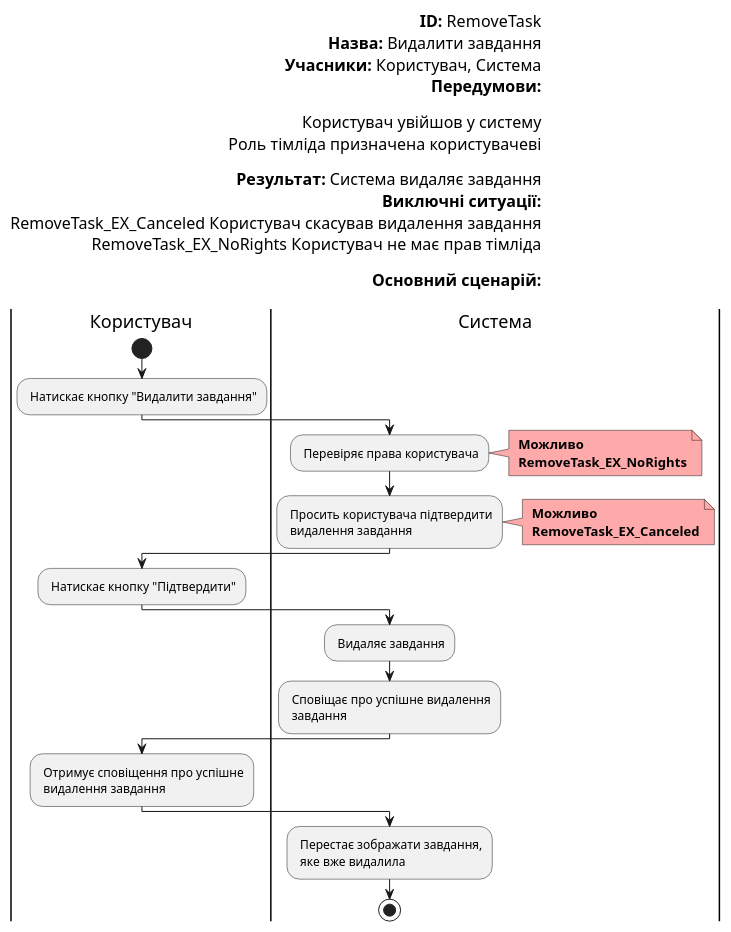
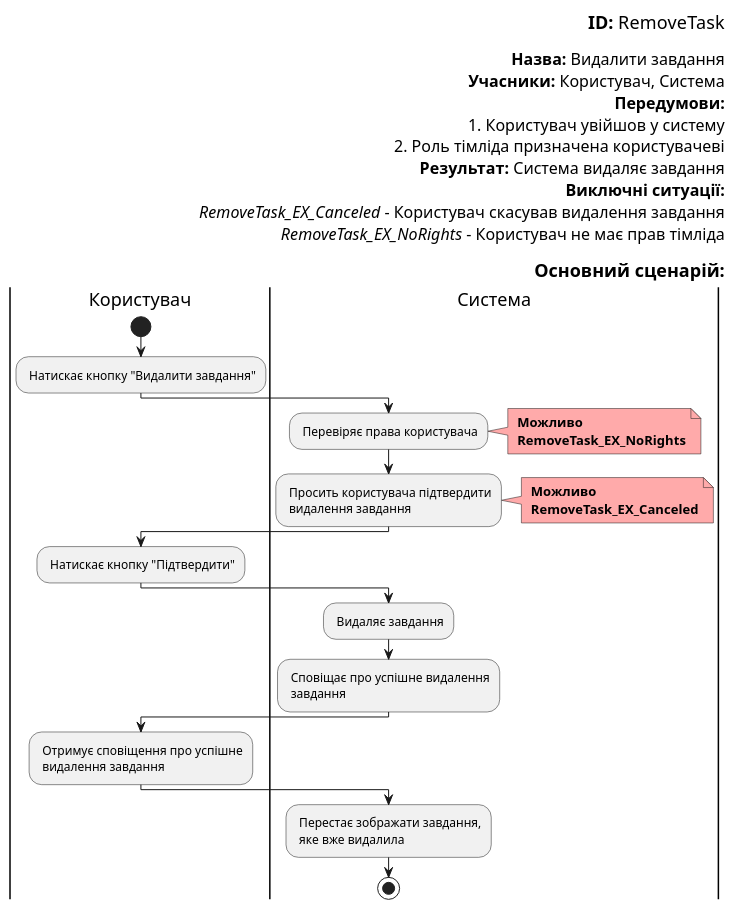
Before and after one commit to boldak/edu-db-cw: diagram 14 of 19 in docs/use cases/README.md, drawn with PlantUML. The commit also changed other lines of this file, not shown here.

```diff
--- a/docs/use cases/README.md
+++ b/docs/use cases/README.md
@@ -838,55 +837,53 @@
 @startuml
 
-    left header        
-        <font color=000 size=16><b>ID:</b> RemoveTask
+    right header        
+        <font color=000 size=18><b>ID:</b> RemoveTask
+
         <font color=000 size=16><b>Назва:</b> Видалити завдання
         <font color=000 size=16><b>Учасники:</b> Користувач, Система
         <font color=000 size=16><b>Передумови:</b>
-
-        <font color=000 size=16> Користувач увійшов у систему
-        <font color=000 size=16> Роль тімліда призначена користувачеві
-        
+        <font color=000 size=16>1. Користувач увійшов у систему
+        <font color=000 size=16>2. Роль тімліда призначена користувачеві
         <font color=000 size=16><b>Результат:</b> Система видаляє завдання
         <font color=000 size=16><b>Виключні ситуації:</b>
-        <font color=000 size=16> RemoveTask_EX_Canceled Користувач скасував видалення завдання
-        <font color=000 size=16> RemoveTask_EX_NoRights Користувач не має прав тімліда
+        <font color=000 size=16><i>RemoveTask_EX_Canceled</i> - Користувач скасував видалення завдання
+        <font color=000 size=16><i>RemoveTask_EX_NoRights</i> - Користувач не має прав тімліда
 
-        <font color=000 size=16><b>Основний сценарій:</b>
-        
+        <font color=000 size=18><b>Основний сценарій:</b>
     end header
     
     |Користувач|
     start
     : Натискає кнопку "Видалити завдання";
     
     |Система|
     : Перевіряє права користувача;
     note right #ffaaaa
     <b> Можливо
     <b> RemoveTask_EX_NoRights
     end note
     
     |Система|
     : Просить користувача підтвердити\n видалення завдання;
     note right #ffaaaa
     <b> Можливо
     <b> RemoveTask_EX_Canceled
     end note
     
     |Користувач|
     : Натискає кнопку "Підтвердити";
     
     |Система|
     : Видаляє завдання;
     
     |Система|
     : Сповіщає про успішне видалення\n завдання;
     
     |Користувач|
     : Отримує сповіщення про успішне\n видалення завдання;
     
     |Система|
     : Перестає зображати завдання,\n яке вже видалила;
     stop;
     
 @enduml
```
